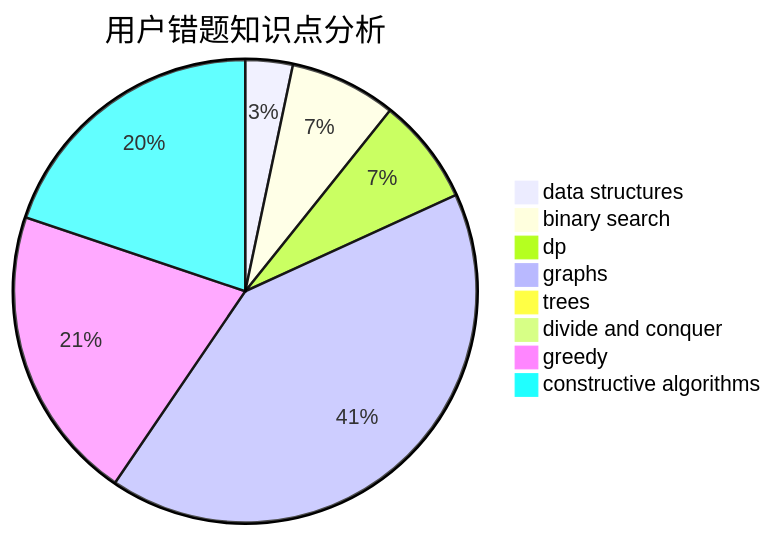
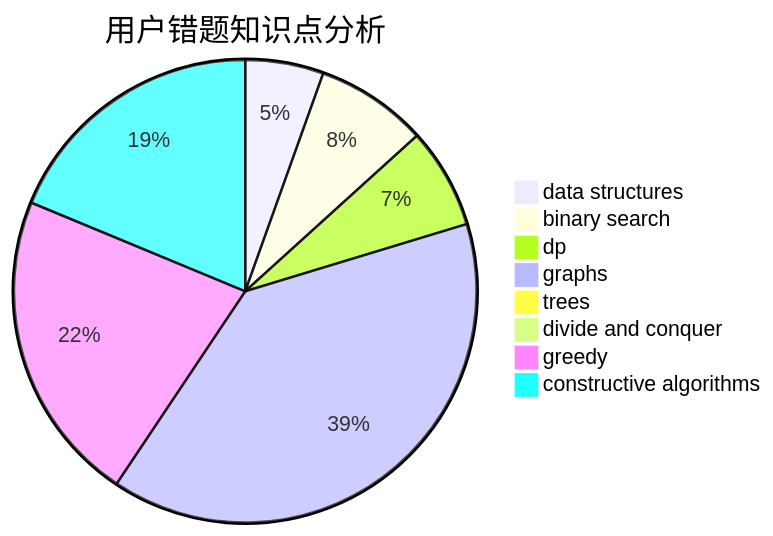
The third of 3 diagrams in docs/user/u1898.md (sherpahu/cfrs.github.io), drawn with Mermaid before and after one commit. The commit also changed other lines of this file and 2770 other files, not shown here.

````diff
--- a/docs/user/u1898.md
+++ b/docs/user/u1898.md
@@ -36,11 +36,11 @@
 ```mermaid
 pie title 用户错题知识点分析
-    "data structures" :  4
-    "binary search" :  9
+    "data structures" :  7
+    "binary search" :  10
     "dp" :  9
     "graphs" :  50
     "trees" :  0
     "divide and conquer" :  0
-    "greedy" :  25
+    "greedy" :  28
     "constructive algorithms" :  24
 ```
````
